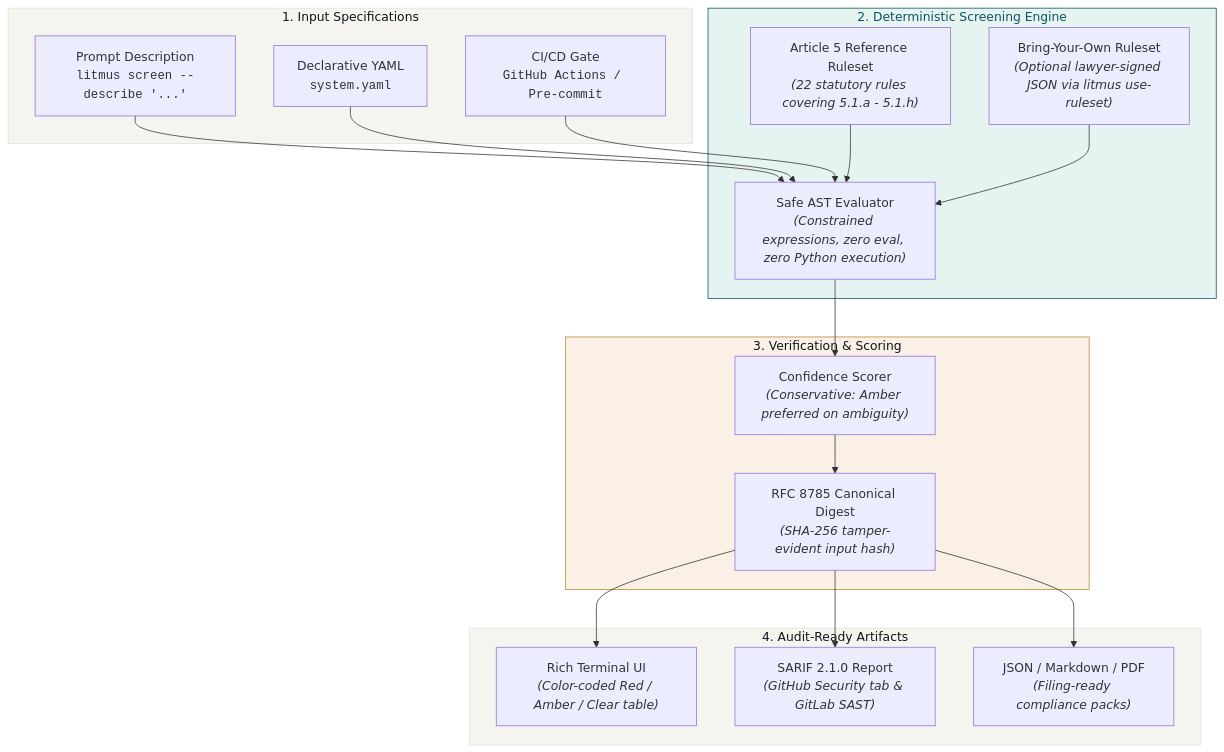
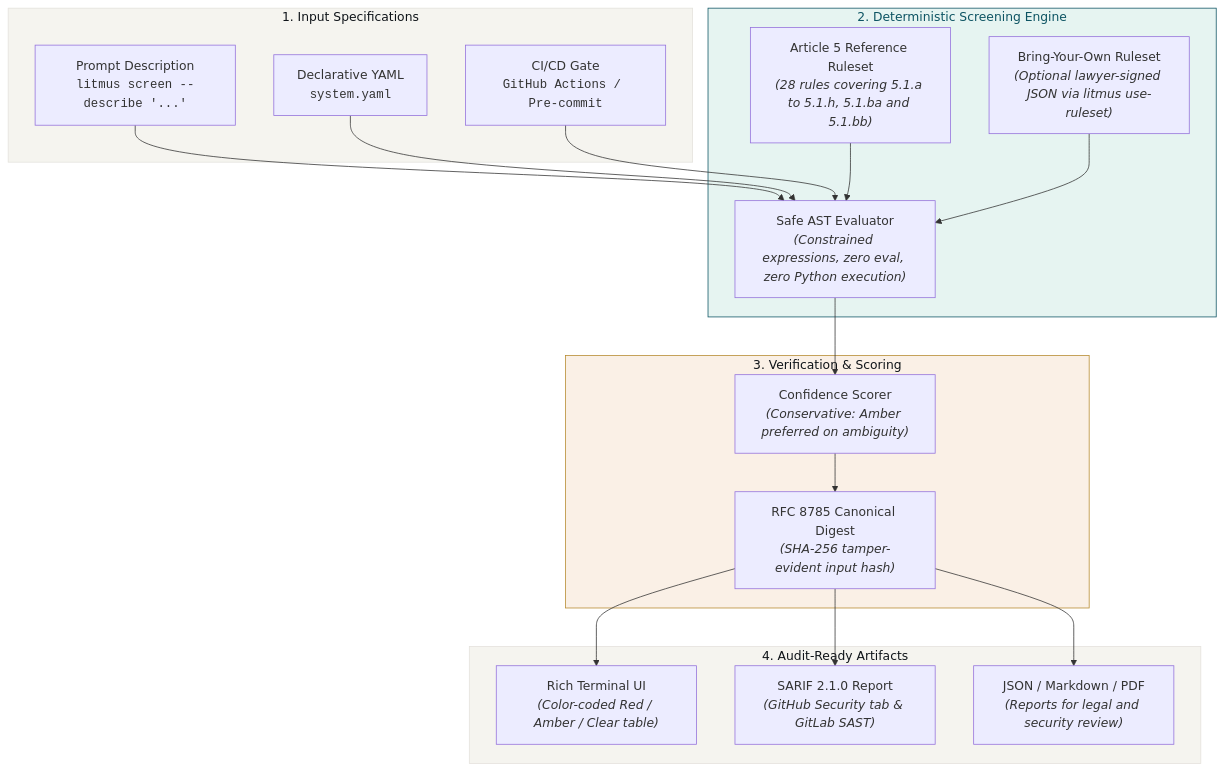
The diagram in README.md (aiexponent/litmusai), drawn with Mermaid before and after one commit. The commit also changed other lines of this file and 57 other files, not shown here.

````diff
--- a/README.md
+++ b/README.md
@@ -85,36 +85,36 @@
 ```mermaid
 graph TB
     subgraph Inputs ["1. Input Specifications"]
         INP1["Prompt Description<br/><code>litmus screen --describe '...'</code>"]
         INP2["Declarative YAML<br/><code>system.yaml</code>"]
         INP3["CI/CD Gate<br/><code>GitHub Actions / Pre-commit</code>"]
     end
 
     subgraph Core ["2. Deterministic Screening Engine"]
         AST["Safe AST Evaluator<br/><em>(Constrained expressions, zero eval, zero Python execution)</em>"]
-        RULE["Article 5 Reference Ruleset<br/><em>(22 statutory rules covering 5.1.a - 5.1.h)</em>"]
+        RULE["Article 5 Reference Ruleset<br/><em>(28 rules covering 5.1.a to 5.1.h, 5.1.ba and 5.1.bb)</em>"]
         BYO["Bring-Your-Own Ruleset<br/><em>(Optional lawyer-signed JSON via litmus use-ruleset)</em>"]
     end
 
     subgraph Integrity ["3. Verification & Scoring"]
         CONF["Confidence Scorer<br/><em>(Conservative: Amber preferred on ambiguity)</em>"]
         HASH["RFC 8785 Canonical Digest<br/><em>(SHA-256 tamper-evident input hash)</em>"]
     end
 
     subgraph Outputs ["4. Audit-Ready Artifacts"]
         OUT1["Rich Terminal UI<br/><em>(Color-coded Red / Amber / Clear table)</em>"]
         OUT2["SARIF 2.1.0 Report<br/><em>(GitHub Security tab & GitLab SAST)</em>"]
-        OUT3["JSON / Markdown / PDF<br/><em>(Filing-ready compliance packs)</em>"]
+        OUT3["JSON / Markdown / PDF<br/><em>(Reports for legal and security review)</em>"]
     end
 
     INP1 & INP2 & INP3 --> AST
     RULE & BYO --> AST
     AST --> CONF
     CONF --> HASH
     HASH --> OUT1 & OUT2 & OUT3
 
     style Inputs fill:#F5F4EF,stroke:#E4E2DC,color:#0F1419
     style Core fill:#E6F4F1,stroke:#0D5463,color:#0D5463
     style Integrity fill:#FAF0E6,stroke:#B68A2E,color:#0F1419
     style Outputs fill:#F5F4EF,stroke:#E4E2DC,color:#0F1419
 ```
````
